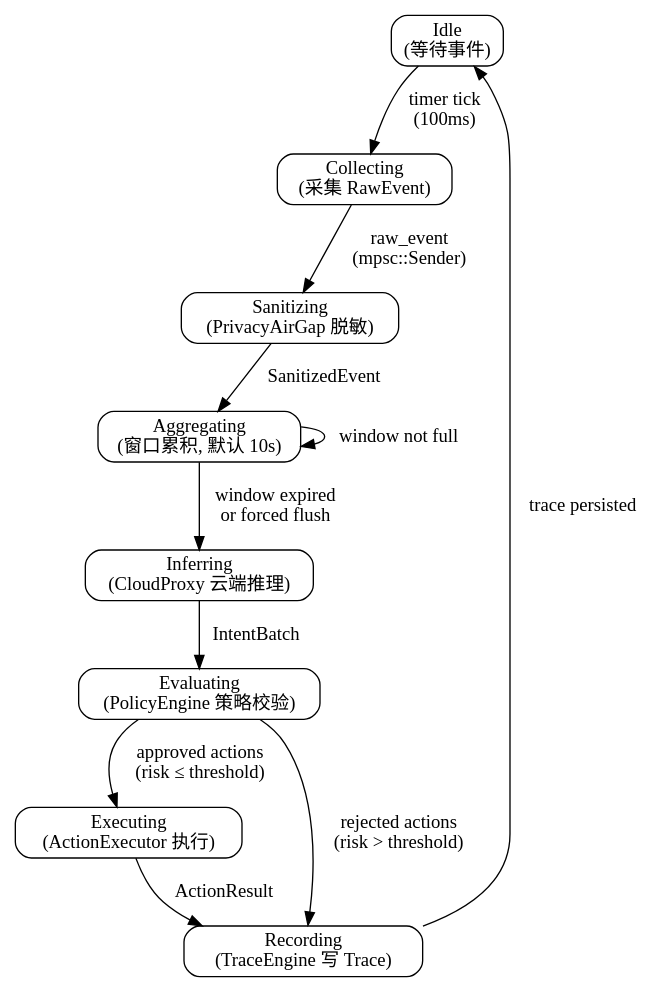
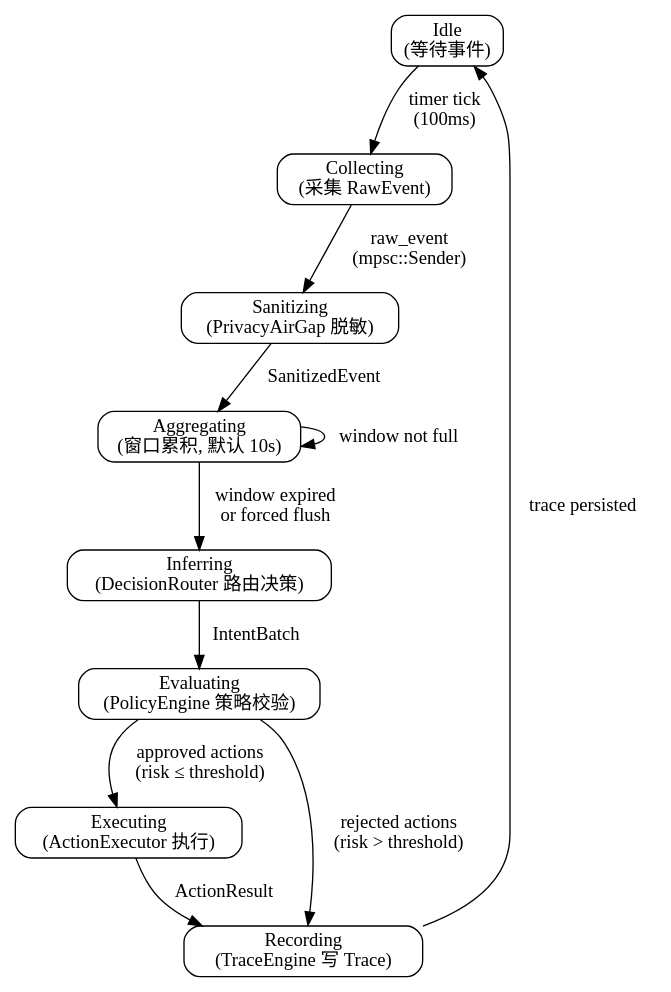
Before and after one commit to 114August514/DiPECS: the first of 2 diagrams in docs/src/design/states.md, drawn with Graphviz. The commit also changed other lines of this file and 22 other files, not shown here.

````diff
--- a/docs/src/design/states.md
+++ b/docs/src/design/states.md
@@ -9,26 +9,26 @@
 ```dot
 digraph Pipeline {
     rankdir=TB;
     node [shape=box, style=rounded];
 
     Idle [label="Idle\n(等待事件)"];
     Collecting [label="Collecting\n(采集 RawEvent)"];
     Sanitizing [label="Sanitizing\n(PrivacyAirGap 脱敏)"];
     Aggregating [label="Aggregating\n(窗口累积, 默认 10s)"];
-    Inferring [label="Inferring\n(CloudProxy 云端推理)"];
+    Inferring [label="Inferring\n(DecisionRouter 路由决策)"];
     Evaluating [label="Evaluating\n(PolicyEngine 策略校验)"];
     Executing [label="Executing\n(ActionExecutor 执行)"];
     Recording [label="Recording\n(TraceEngine 写 Trace)"];
 
     Idle -> Collecting [label="timer tick\n(100ms)"];
     Collecting -> Sanitizing [label="raw_event\n(mpsc::Sender)"];
     Sanitizing -> Aggregating [label="SanitizedEvent"];
     Aggregating -> Aggregating [label="window not full"];
     Aggregating -> Inferring [label="window expired\nor forced flush"];
     Inferring -> Evaluating [label="IntentBatch"];
     Evaluating -> Executing [label="approved actions\n(risk ≤ threshold)"];
     Evaluating -> Recording [label="rejected actions\n(risk > threshold)"];
     Executing -> Recording [label="ActionResult"];
     Recording -> Idle [label="trace persisted"];
 }
 ```
````
